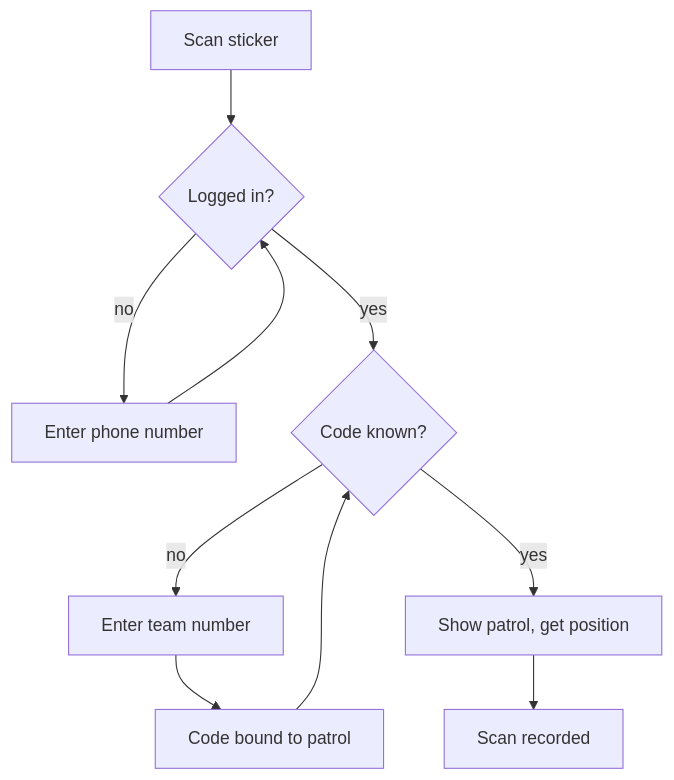
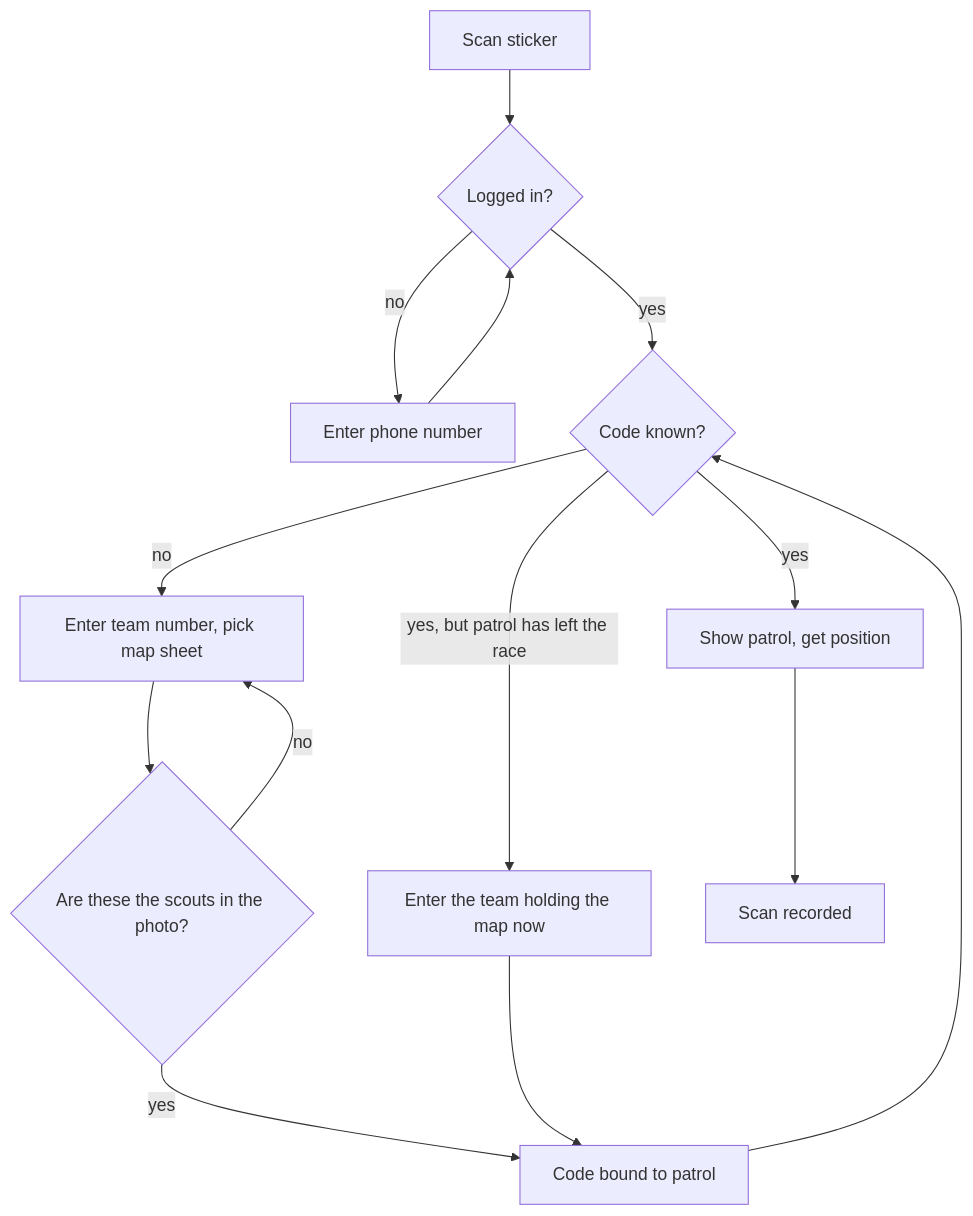
The first of 2 diagrams in README.md (nathejk/skan), drawn with Mermaid before and after one commit. The commit also changed other lines of this file and 1 other file, not shown here.

````diff
--- a/README.md
+++ b/README.md
@@ -139,12 +155,16 @@
 ```mermaid
 flowchart TD
     A[Scan sticker] --> B{Logged in?}
     B -- no --> C[Enter phone number]
     C --> B
     B -- yes --> D{Code known?}
-    D -- no --> E[Enter team number]
-    E --> F[Code bound to patrol]
+    D -- no --> E[Enter team number, pick map sheet]
+    E --> E2{Are these the scouts in the photo?}
+    E2 -- no --> E
+    E2 -- yes --> F[Code bound to patrol]
     F --> D
+    D -- yes, but patrol has left the race --> R[Enter the team holding the map now]
+    R --> F
     D -- yes --> G[Show patrol, get position]
     G --> H[Scan recorded]
 ```
````
